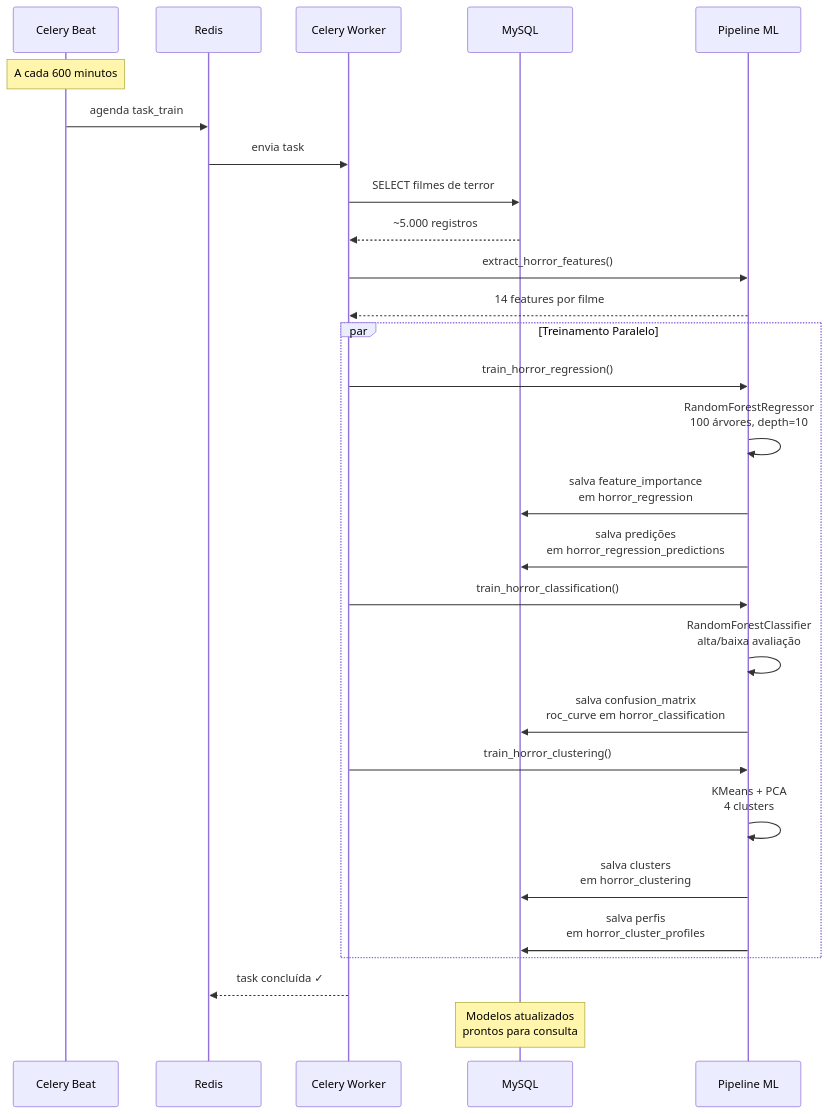
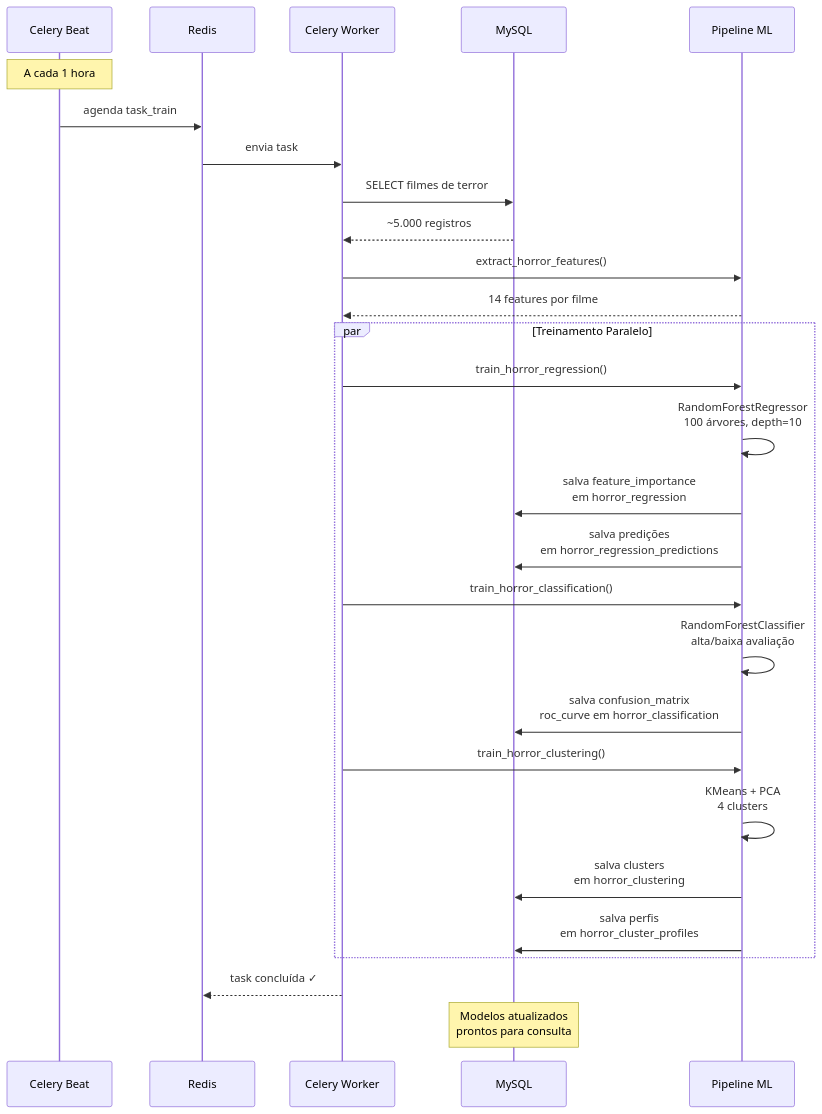
The third of 14 diagrams in STORYTELLING.md (lucasboot/tmdb-ml-phase3-postech), drawn with Mermaid before and after one commit. The commit also changed other lines of this file and 1 other file, not shown here.

Commit message:
feat: atualização do STORYTELLING.md para refletir mudanças na frequência de coleta e treinamento de dados, alterando os intervalos de 500 minutos para 5 minutos e de 600 minutos para 1 hora. Ajustes nas notas e diagramas para melhor clareza do fluxo de tarefas.

````diff
--- a/STORYTELLING.md
+++ b/STORYTELLING.md
@@ -111,37 +111,37 @@
 ```mermaid
 sequenceDiagram
     participant Beat as Celery Beat
     participant Redis
     participant Worker as Celery Worker
     participant DB as MySQL
     participant ML as Pipeline ML
     
-    Note over Beat: A cada 600 minutos
+    Note over Beat: A cada 1 hora
     Beat->>Redis: agenda task_train
     Redis->>Worker: envia task
     
     Worker->>DB: SELECT filmes de terror
     DB-->>Worker: ~5.000 registros
     
     Worker->>ML: extract_horror_features()
     ML-->>Worker: 14 features por filme
     
     par Treinamento Paralelo
         Worker->>ML: train_horror_regression()
         ML->>ML: RandomForestRegressor<br/>100 árvores, depth=10
         ML->>DB: salva feature_importance<br/>em horror_regression
         ML->>DB: salva predições<br/>em horror_regression_predictions
         
         Worker->>ML: train_horror_classification()
         ML->>ML: RandomForestClassifier<br/>alta/baixa avaliação
         ML->>DB: salva confusion_matrix<br/>roc_curve em horror_classification
         
         Worker->>ML: train_horror_clustering()
         ML->>ML: KMeans + PCA<br/>4 clusters
         ML->>DB: salva clusters<br/>em horror_clustering
         ML->>DB: salva perfis<br/>em horror_cluster_profiles
     end
     
     Worker-->>Redis: task concluída ✓
     Note over DB: Modelos atualizados<br/>prontos para consulta
 ```
````
